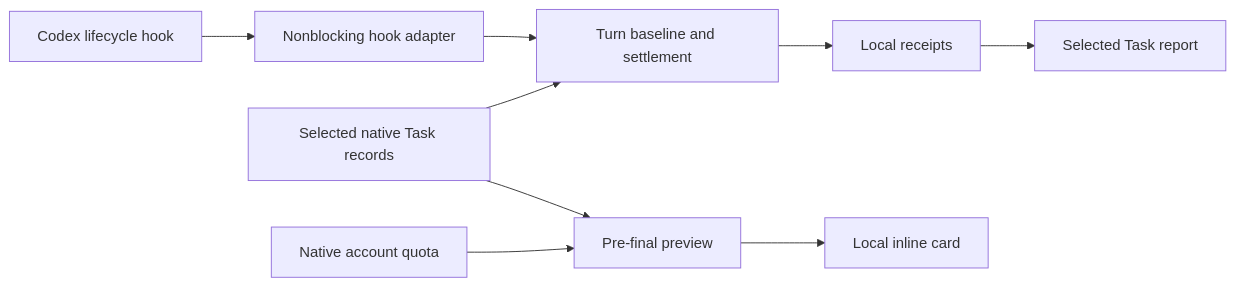
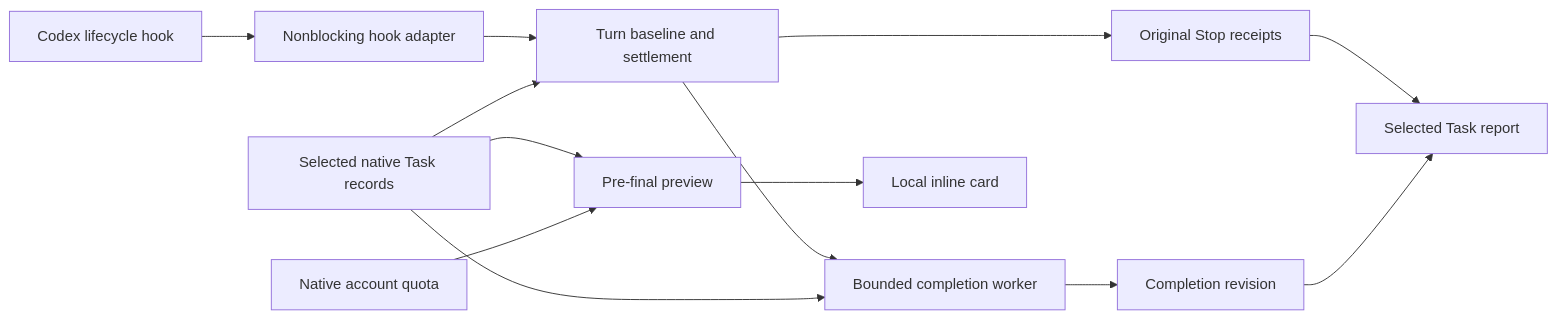
One commit to easyvibecoding/codex-usage-reports changed the diagram in docs/ARCHITECTURE.md. Above: the diagram before and after it, drawn with Mermaid. The commit also changed other lines of this file and 28 other files, not shown here.

Commit message:
Reconcile completed turn usage in a bounded background worker

````diff
--- a/docs/ARCHITECTURE.md
+++ b/docs/ARCHITECTURE.md
@@ -7,11 +7,15 @@
 ```mermaid
 flowchart LR
   H[Codex lifecycle hook] --> A[Nonblocking hook adapter]
   A --> T[Turn baseline and settlement]
   N[Selected native Task records] --> T
   N --> P[Pre-final preview]
-  T --> R[Local receipts]
+  T --> R[Original Stop receipts]
+  T --> W[Bounded completion worker]
+  N --> W
+  W --> V[Completion revision]
   R --> S[Selected Task report]
+  V --> S
   P --> C[Local inline card]
   Q[Native account quota] --> P
 ```
````
